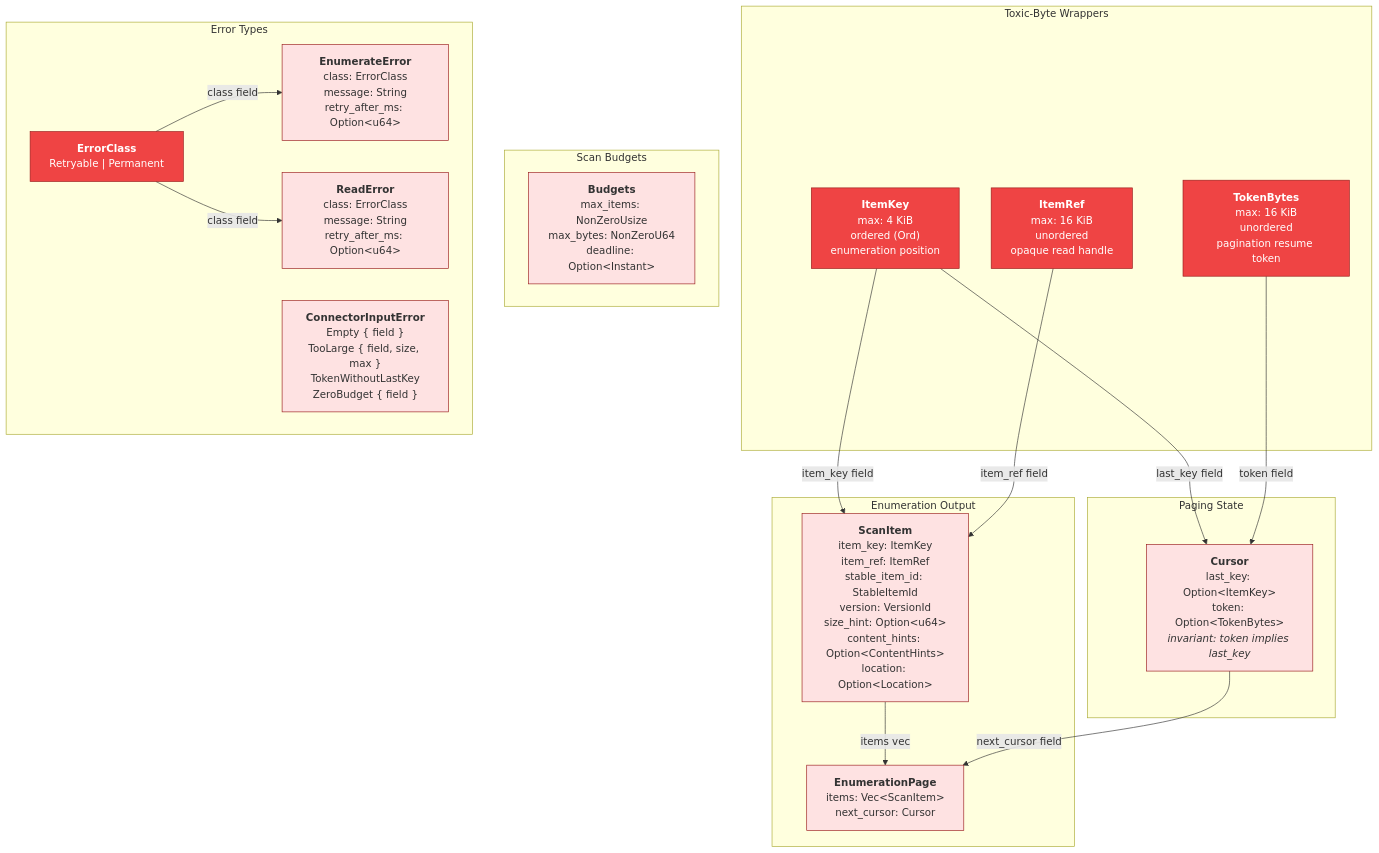
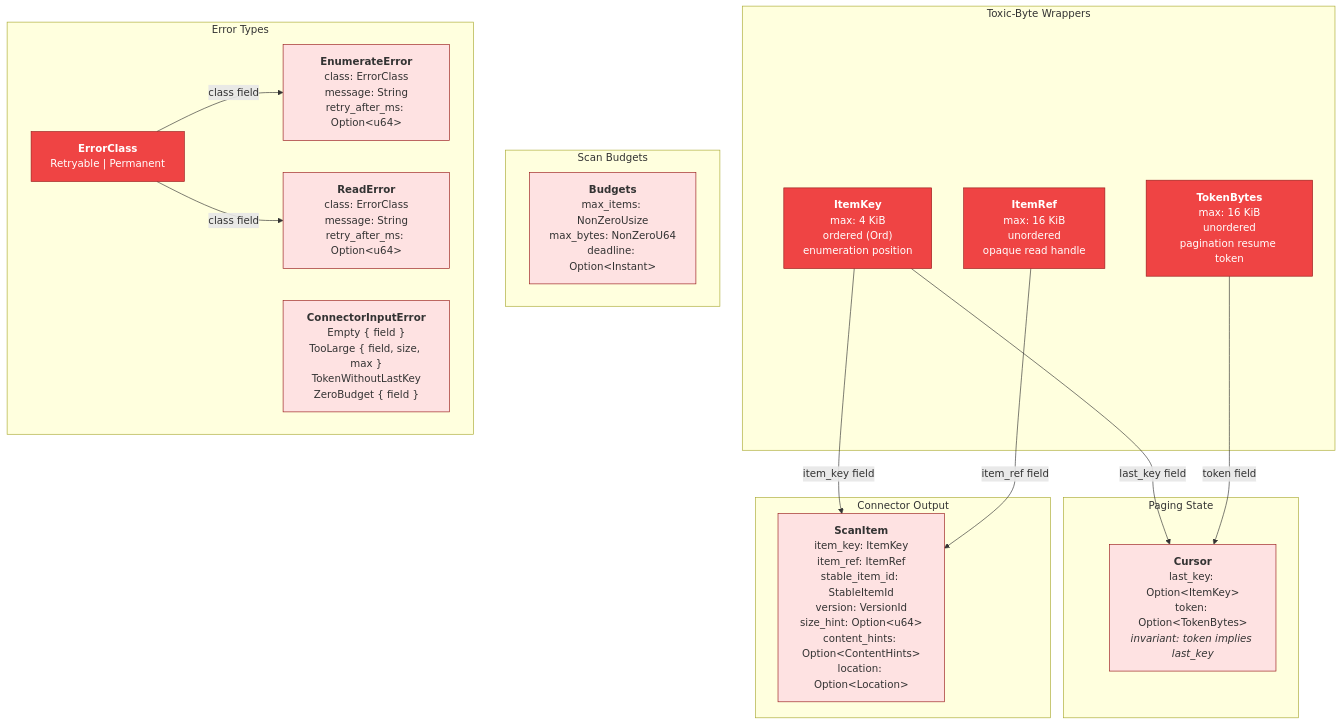
Before and after one commit to ahrav/Gossip-rs: the second of 4 diagrams in diagrams/14-connector-architecture.md, drawn with Mermaid. The commit also changed other lines of this file and 25 other files, not shown here.

First line of the commit message:
Remove conformance harness and page validation from connector contracts

````diff
--- a/diagrams/14-connector-architecture.md
+++ b/diagrams/14-connector-architecture.md
@@ -63,52 +63,48 @@
 ```mermaid
 %% Diagram: connector-core-types
 graph TD
     subgraph ToxicWrappers["Toxic-Byte Wrappers"]
         IK["<b>ItemKey</b><br/>max: 4 KiB<br/>ordered (Ord)<br/>enumeration position"]
         IR["<b>ItemRef</b><br/>max: 16 KiB<br/>unordered<br/>opaque read handle"]
         TB["<b>TokenBytes</b><br/>max: 16 KiB<br/>unordered<br/>pagination resume token"]
     end
 
     subgraph Paging["Paging State"]
         CUR["<b>Cursor</b><br/>last_key: Option&lt;ItemKey&gt;<br/>token: Option&lt;TokenBytes&gt;<br/><i>invariant: token implies last_key</i>"]
     end
 
     IK -->|"last_key field"| CUR
     TB -->|"token field"| CUR
 
-    subgraph Enumeration["Enumeration Output"]
+    subgraph Enumeration["Connector Output"]
         SI["<b>ScanItem</b><br/>item_key: ItemKey<br/>item_ref: ItemRef<br/>stable_item_id: StableItemId<br/>version: VersionId<br/>size_hint: Option&lt;u64&gt;<br/>content_hints: Option&lt;ContentHints&gt;<br/>location: Option&lt;Location&gt;"]
-        EP["<b>EnumerationPage</b><br/>items: Vec&lt;ScanItem&gt;<br/>next_cursor: Cursor"]
     end
 
     IK -->|"item_key field"| SI
     IR -->|"item_ref field"| SI
-    SI -->|"items vec"| EP
-    CUR -->|"next_cursor field"| EP
 
     subgraph Budgets["Scan Budgets"]
         BU["<b>Budgets</b><br/>max_items: NonZeroUsize<br/>max_bytes: NonZeroU64<br/>deadline: Option&lt;Instant&gt;"]
     end
 
     subgraph Errors["Error Types"]
         EC2["<b>ErrorClass</b><br/>Retryable | Permanent"]
         EE["<b>EnumerateError</b><br/>class: ErrorClass<br/>message: String<br/>retry_after_ms: Option&lt;u64&gt;"]
         RE["<b>ReadError</b><br/>class: ErrorClass<br/>message: String<br/>retry_after_ms: Option&lt;u64&gt;"]
         CIE["<b>ConnectorInputError</b><br/>Empty { field }<br/>TooLarge { field, size, max }<br/>TokenWithoutLastKey<br/>ZeroBudget { field }"]
     end
 
     EC2 -->|"class field"| EE
     EC2 -->|"class field"| RE
 
     style IK fill:#EF4444,stroke:#991B1B,color:#fff
     style IR fill:#EF4444,stroke:#991B1B,color:#fff
     style TB fill:#EF4444,stroke:#991B1B,color:#fff
     style CUR fill:#FEE2E2,stroke:#991B1B
     style SI fill:#FEE2E2,stroke:#991B1B
-    style EP fill:#FEE2E2,stroke:#991B1B
     style BU fill:#FEE2E2,stroke:#991B1B
     style EC2 fill:#EF4444,stroke:#991B1B,color:#fff
     style EE fill:#FEE2E2,stroke:#991B1B
     style RE fill:#FEE2E2,stroke:#991B1B
     style CIE fill:#FEE2E2,stroke:#991B1B
 ```
````
